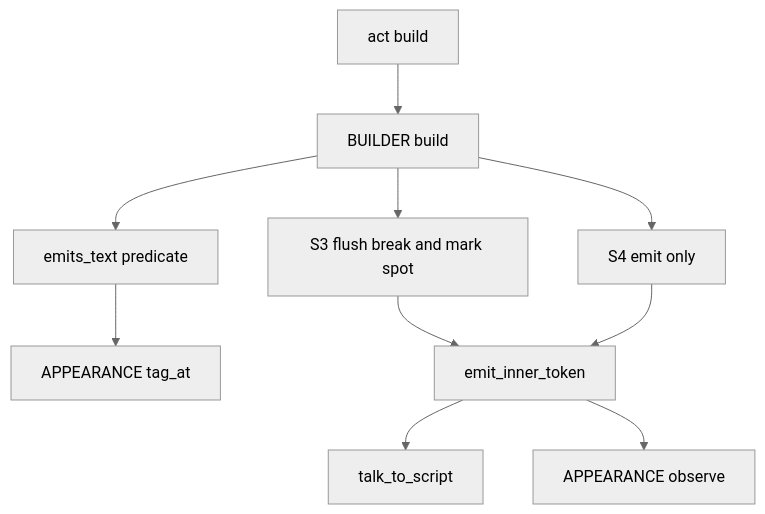
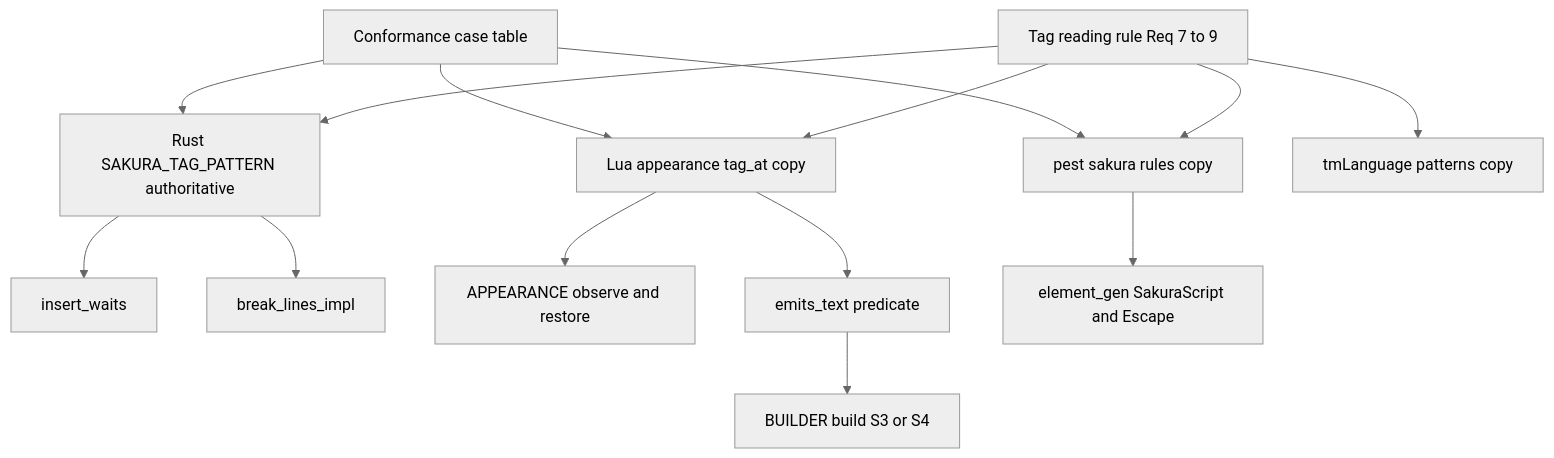
Before and after one commit to ekicyou/pasta: the first of 4 diagrams in .kiro/specs/paragraph-break-tag-only-talk/design.md, drawn with Mermaid (neutral theme). The commit also changed other lines of this file and 4 other files, not shown here.

Commit message:
docs(paragraph-break-tag-only-talk): rewrite requirements and design for SSP-conformant tag reading

````diff
--- a/.kiro/specs/paragraph-break-tag-only-talk/design.md
+++ b/.kiro/specs/paragraph-break-tag-only-talk/design.md
@@ -58,12 +77,17 @@
 ```mermaid
 graph TB
-    Act[act build] --> Builder[BUILDER build]
-    Builder --> Pred[emits_text predicate]
-    Pred --> TagAt[APPEARANCE tag_at]
-    Builder --> S3[S3 flush break and mark spot]
-    Builder --> S4[S4 emit only]
-    S3 --> Emit[emit_inner_token]
-    S4 --> Emit
-    Emit --> Render[talk_to_script]
-    Emit --> Observe[APPEARANCE observe]
+    Rule[Tag reading rule Req 7 to 9]
+    Rule --> RustPat[Rust SAKURA_TAG_PATTERN authoritative]
+    Rule --> LuaTag[Lua appearance tag_at copy]
+    Rule --> Pest[pest sakura rules copy]
+    Rule --> Tm[tmLanguage patterns copy]
+    Table[Conformance case table] --> RustPat
+    Table --> LuaTag
+    Table --> Pest
+    RustPat --> Waits[insert_waits]
+    RustPat --> Breaks[break_lines_impl]
+    LuaTag --> Observe[APPEARANCE observe and restore]
+    LuaTag --> Pred[emits_text predicate]
+    Pred --> Dispatch[BUILDER build S3 or S4]
+    Pest --> Codegen[element_gen SakuraScript and Escape]
 ```
````
